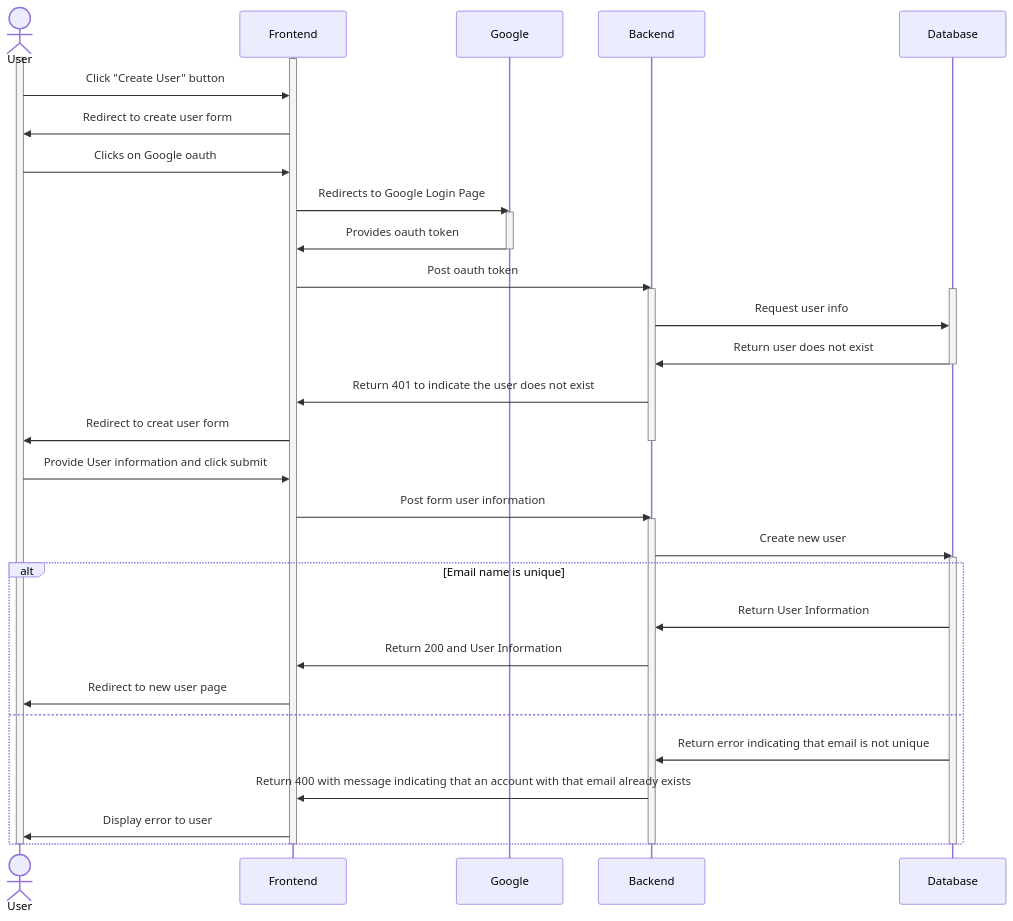
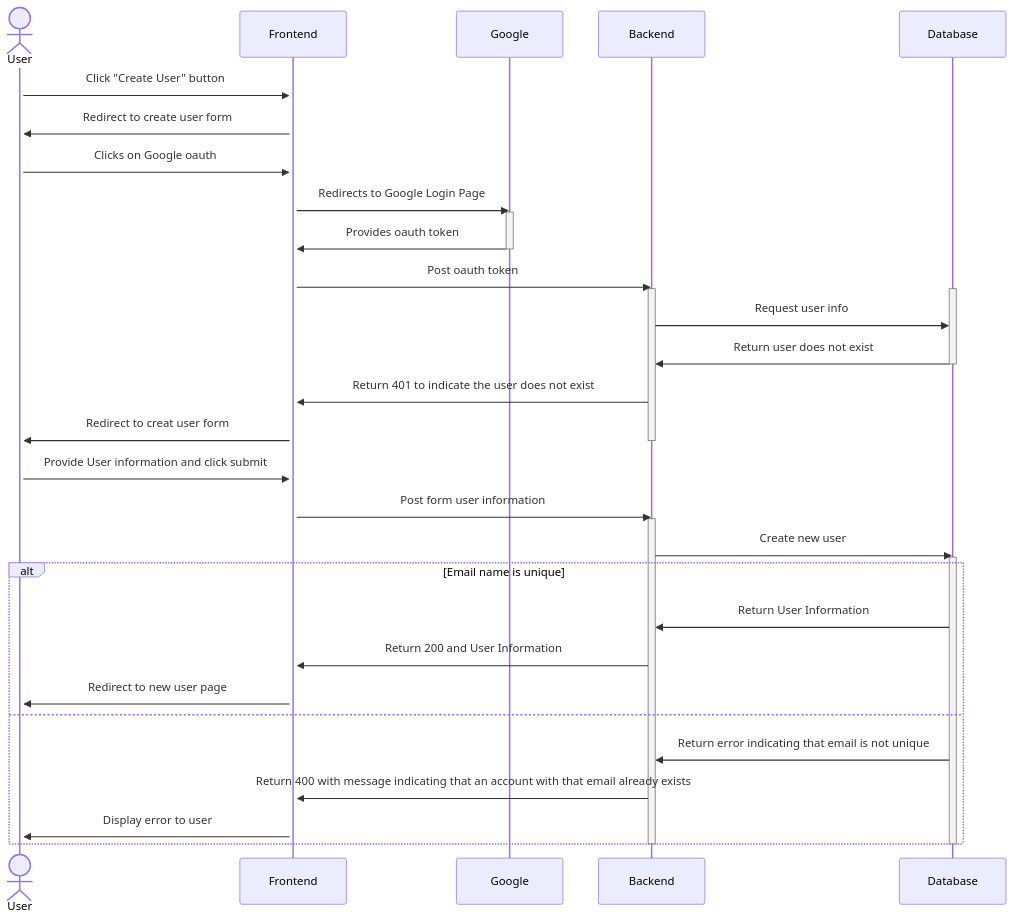
One commit to UCSD-E4E/fishsense-webapp changed the third of 4 diagrams in README.md. Above: the diagram before and after it, drawn with Mermaid. The commit also changed other lines of this file, not shown here.

````diff
--- a/README.md
+++ b/README.md
@@ -111,61 +111,57 @@
 ```mermaid
 sequenceDiagram
     actor User
 
     activate User
     activate Frontend
 
     User ->> Frontend: Click "Create User" button
     Frontend ->> User: Redirect to create user form
 
     User ->> Frontend: Clicks on Google oauth
     
     Frontend ->> Google: Redirects to Google Login Page
     activate Google
     Google ->> Frontend: Provides oauth token
     deactivate Google
 
     Frontend ->> Backend: Post oauth token
     activate Backend
 
     activate Database
     Backend ->> Database: Request user info
     Database ->> Backend: Return user does not exist
     deactivate Database
     Backend ->> Frontend: Return 401 to indicate the user does not exist
     Frontend ->> User: Redirect to creat user form
     
     deactivate Backend
 
     User ->> Frontend: Provide User information and click submit
     Frontend ->> Backend: Post form user information
     activate Backend
 
 
     Backend ->> Database: Create new user
     activate Database
 
     alt Email name is unique
 
     Database ->> Backend: Return User Information
     Backend ->> Frontend: Return 200 and User Information
     Frontend ->> User: Redirect to new user page
 
     else
 
     Database->> Backend: Return error indicating that email is not unique
     Backend ->> Frontend: Return 400 with message indicating that an account with that email already exists
     Frontend ->> User: Display error to user
 
     end
 
     deactivate Database
 
 
 
     deactivate Backend
-
-
-    deactivate Frontend
-    deactivate User
 ```
````
